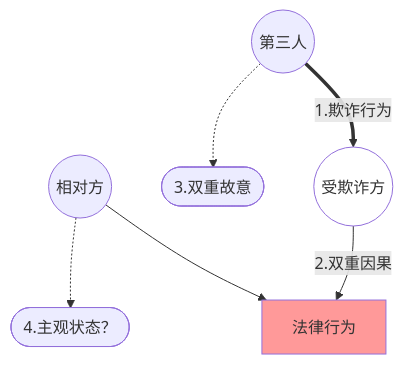
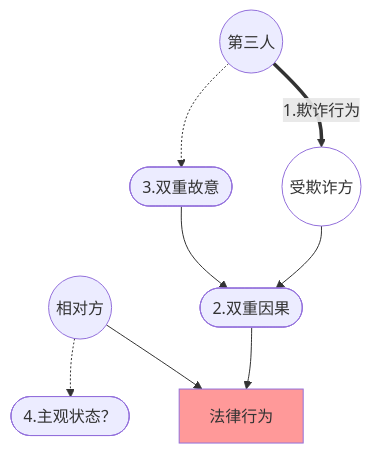
Before and after one commit to chilly-chilli/ChillyChilli: the sixth of 11 diagrams in content/法学/民商法/民法/民总/IV 法律行为/4. 法律行为的生效与效力障碍.md, drawn with Mermaid. The commit also changed other lines of this file and 15 other files, not shown here.

````diff
--- a/content/法学/民商法/民法/民总/IV 法律行为/4. 法律行为的生效与效力障碍.md
+++ b/content/法学/民商法/民法/民总/IV 法律行为/4. 法律行为的生效与效力障碍.md
@@ -374,16 +392,17 @@
 ```mermaid
 flowchart TD
 	A((相对方))
 	B((受欺诈方)):::white
 	C((第三人))
 	A1([4.主观状态？])
 	C1([3.双重故意])
 	D[法律行为]:::red
 	A-->D
-	B--2.双重因果-->D
+	C1-->E
+	B--> E([2.双重因果]) -->D
 	C==1.欺诈行为==>B
 	A-.->A1
 	C-.->C1
 classDef red fill:#f99
 classDef white fill:#fff
 ```
````
